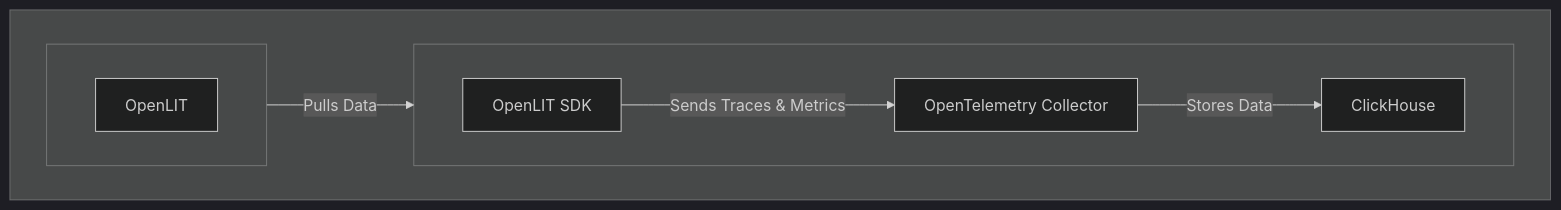
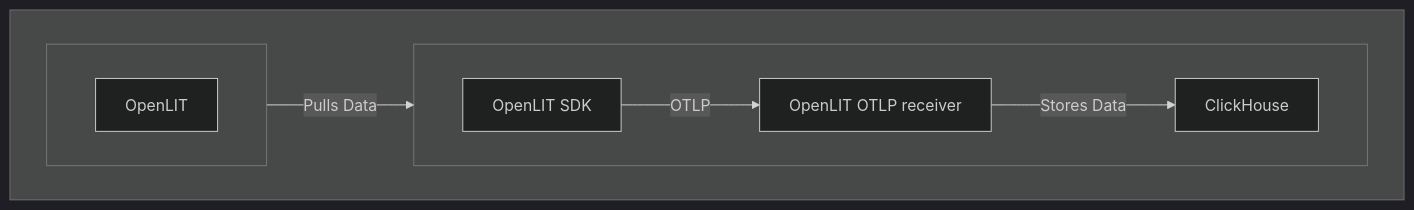
Before and after one commit to openlit/openlit: the first of 2 diagrams in docs/snippets/quickstart-mcp.mdx, drawn with Mermaid (dark theme). The commit also changed 126 other files, not shown here.

Commit message:
feat: replace bundled OTel collector with a first-party OTLP receiver (#1588)

````diff
--- a/docs/snippets/quickstart-mcp.mdx
+++ b/docs/snippets/quickstart-mcp.mdx
@@ -5,15 +5,15 @@
 ```mermaid
 flowchart TB;
     subgraph " "
         direction LR;
         subgraph " "
             direction LR;
-            OpenLIT_SDK[OpenLIT SDK] -->|Sends Traces & Metrics| OTC[OpenTelemetry Collector];
-            OTC -->|Stores Data| ClickHouseDB[ClickHouse];
+            OpenLIT_SDK[OpenLIT SDK] -->|OTLP| Rec[OpenLIT OTLP receiver];
+            Rec -->|Stores Data| ClickHouseDB[ClickHouse];
         end
         subgraph " "
             direction RL;
             OpenLIT_UI[OpenLIT] -->|Pulls Data| ClickHouseDB;
         end
     end
 ```
````
